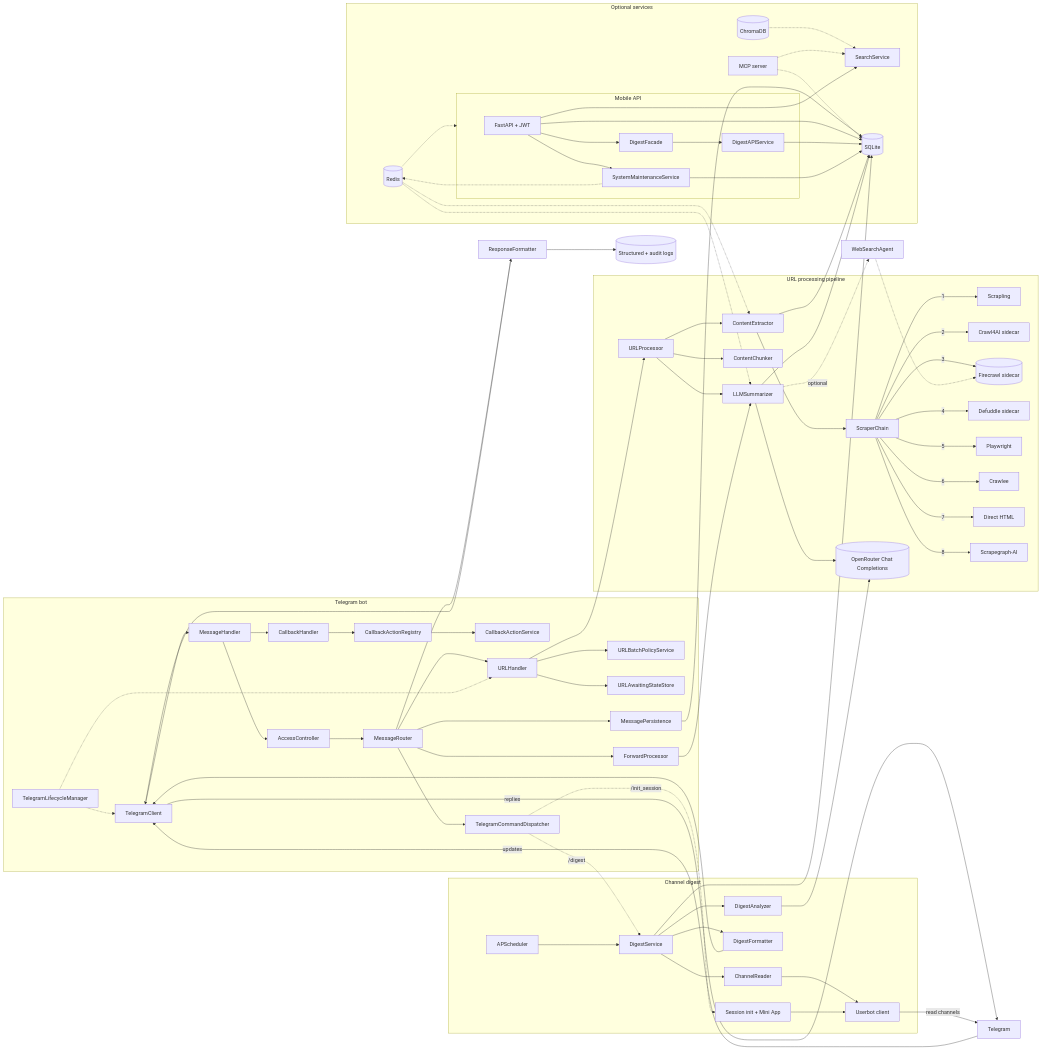
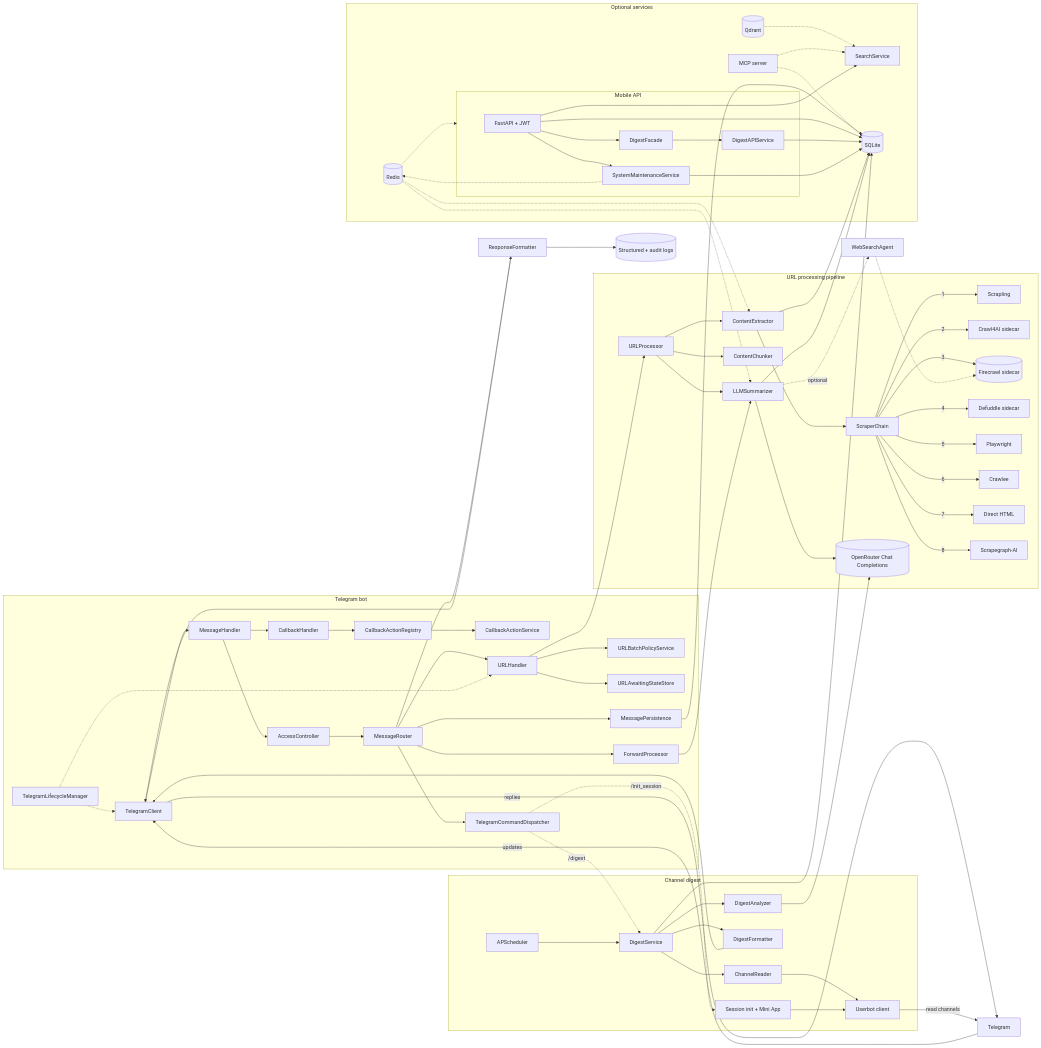
One commit to po4yka/bite-size-reader changed the first of 3 diagrams in docs/explanation/architecture-overview.md. Above: the diagram before and after it, drawn with Mermaid. The commit also changed other lines of this file and 63 other files, not shown here.

First line of the commit message:
feat(vector): migrate vector backend from ChromaDB to Qdrant

```diff
--- a/docs/explanation/architecture-overview.md
+++ b/docs/explanation/architecture-overview.md
@@ -100,7 +100,7 @@
     Redis[(Redis)] -.-> ContentExtractor
     Redis -.-> LLMSummarizer
     Redis -.-> MobileAPI
-    ChromaDB[(ChromaDB)] -.-> SearchService
+    Qdrant[(Qdrant)] -.-> SearchService
     MCPServer[MCP server] -.-> SQLite
     MCPServer -.-> SearchService
   end
```
